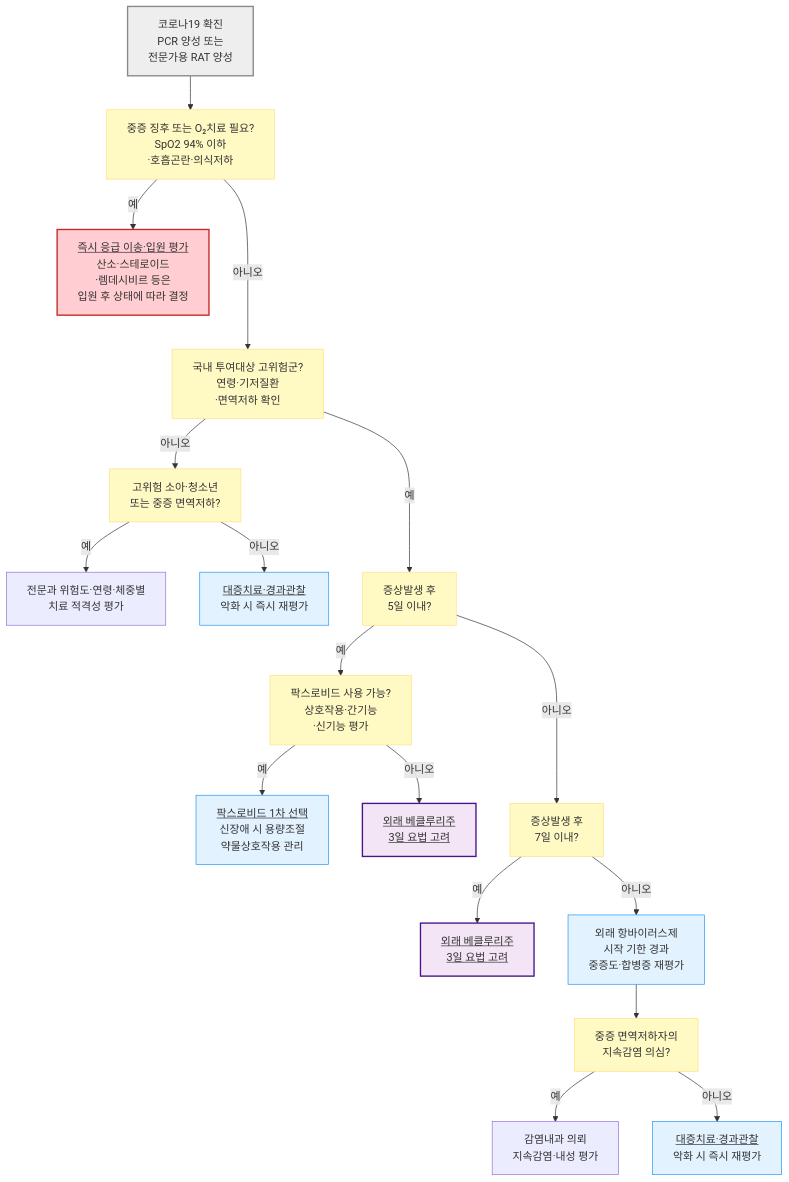
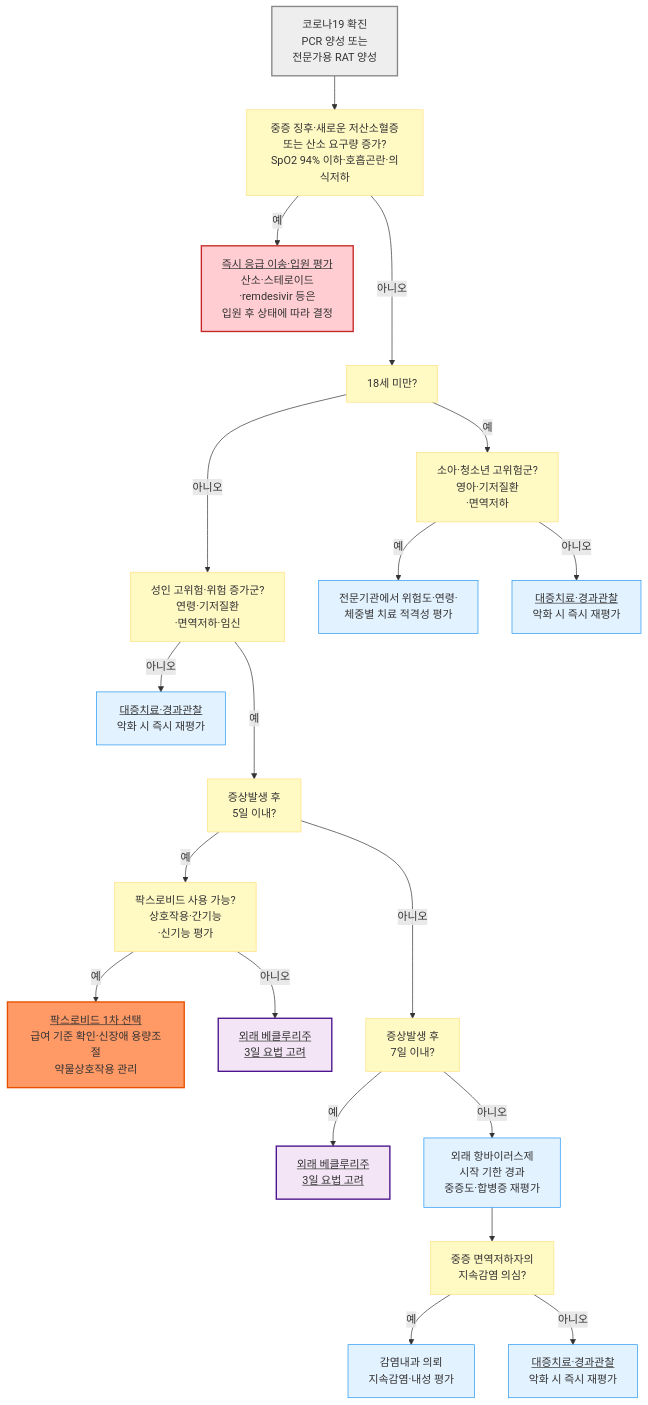
One commit to familyoh77/familyoh77 changed the diagram in 223_/070_1_-covid-19.md. Above: the diagram before and after it, drawn with Mermaid. The commit also changed other lines of this file, not shown here.

````diff
--- a/223_/070_1_-covid-19.md
+++ b/223_/070_1_-covid-19.md
@@ -161,44 +156,49 @@
 ```mermaid
 graph TD
     Start["코로나19 확진<br/>PCR 양성 또는 <br/>전문가용 RAT 양성"]
-    Q1["중증 징후 또는 O₂치료 필요?<br/>SpO2 94% 이하<br/>·호흡곤란·의식저하"]
-    R1["<u>즉시 응급 이송·입원 평가</u><br/>산소·스테로이드<br/>·렘데시비르 등은<br/>입원 후 상태에 따라 결정"]
-    Q2["국내 투여대상 고위험군?<br/>연령·기저질환<br/>·면역저하 확인"]
-    Q6["고위험 소아·청소년<br/>또는 중증 면역저하?"]
-    R6a["전문과 위험도·연령·체중별<br/>치료 적격성 평가"]
+    Q1["중증 징후·새로운 저산소혈증<br/>또는 산소 요구량 증가?<br/>SpO2 94% 이하·호흡곤란·의식저하"]
+    R1["<u>즉시 응급 이송·입원 평가</u><br/>산소·스테로이드<br/>·remdesivir 등은<br/>입원 후 상태에 따라 결정"]
+    Q0["18세 미만?"]
+    Q2["성인 고위험·위험 증가군?<br/>연령·기저질환<br/>·면역저하·임신"]
+    Q6["소아·청소년 고위험군?<br/>영아·기저질환<br/>·면역저하"]
+    R6a["전문기관에서 위험도·연령·<br/>체중별 치료 적격성 평가"]
     R2a["<u>대증치료·경과관찰</u><br/>악화 시 즉시 재평가"]
+    R2c["<u>대증치료·경과관찰</u><br/>악화 시 즉시 재평가"]
     Q3["증상발생 후 <br/>5일 이내?"]
     Q4["팍스로비드 사용 가능?<br/>상호작용·간기능<br/>·신기능 평가"]
-    R3["<u>팍스로비드 1차 선택</u><br/>신장애 시 용량조절<br/>약물상호작용 관리"]
+    R3["<u>팍스로비드 1차 선택</u><br/>급여 기준 확인·신장애 용량조절<br/>약물상호작용 관리"]
     R4a["<u>외래 베클루리주 <br/>3일 요법 고려</u>"]
     Q5["증상발생 후 <br/>7일 이내?"]
     R4b["<u>외래 베클루리주 <br/>3일 요법 고려</u>"]
     R5["외래 항바이러스제 <br/>시작 기한 경과<br/>중증도·합병증 재평가"]
     Q7["중증 면역저하자의<br/>지속감염 의심?"]
     R6b["감염내과 의뢰<br/>지속감염·내성 평가"]
     R2b["<u>대증치료·경과관찰</u><br/>악화 시 즉시 재평가"]
     Start --> Q1
     Q1 -- "예" --> R1
-    Q1 -- "아니오" ---> Q2
-    Q2 -- "아니오" --> Q6
+    Q1 -- "아니오" ---> Q0
+    Q0 -- "예" --> Q6
     Q6 -- "예" --> R6a
     Q6 -- "아니오" --> R2a
+    Q0 -- "아니오" ---> Q2
+    Q2 -- "아니오" --> R2c
     Q2 -- "예" ---> Q3
     Q3 -- "예" --> Q4
     Q4 -- "예" --> R3
     Q4 -- "아니오" --> R4a
     Q3 -- "아니오" ---> Q5
     Q5 -- "예" --> R4b
     Q5 -- "아니오" --> R5
     R5 --> Q7
     Q7 -- "예" --> R6b
     Q7 -- "아니오" --> R2b
     classDef question fill:#fff9c4,stroke:#ffe082
-    class Q1,Q2,Q3,Q4,Q5,Q6,Q7 question
+    class Q0,Q1,Q2,Q3,Q4,Q5,Q6,Q7 question
     classDef sky fill:#e3f2ff,stroke:#2196f3
-    class R2a,R2b,R3,R5 sky
+    class R2a,R2b,R2c,R5,R6a,R6b sky
     style Start fill:#eeeeee,stroke:#888888,stroke-width:2px
     style R1 fill:#ffcdd2,stroke:#c62828,stroke-width:2px
+    style R3 fill:#f96,stroke:#e65100,stroke-width:2px
     style R4a fill:#f3e5f5,stroke:#4a148c,stroke-width:2px
     style R4b fill:#f3e5f5,stroke:#4a148c,stroke-width:2px
 ```
````
